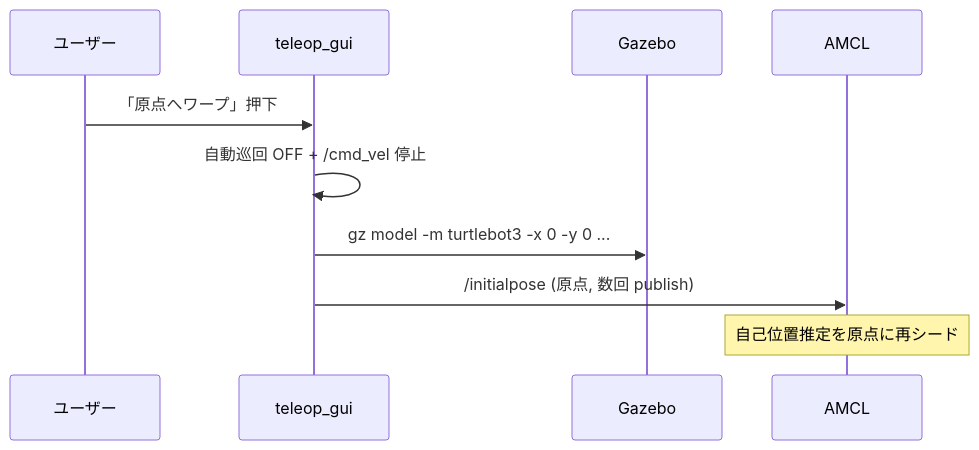
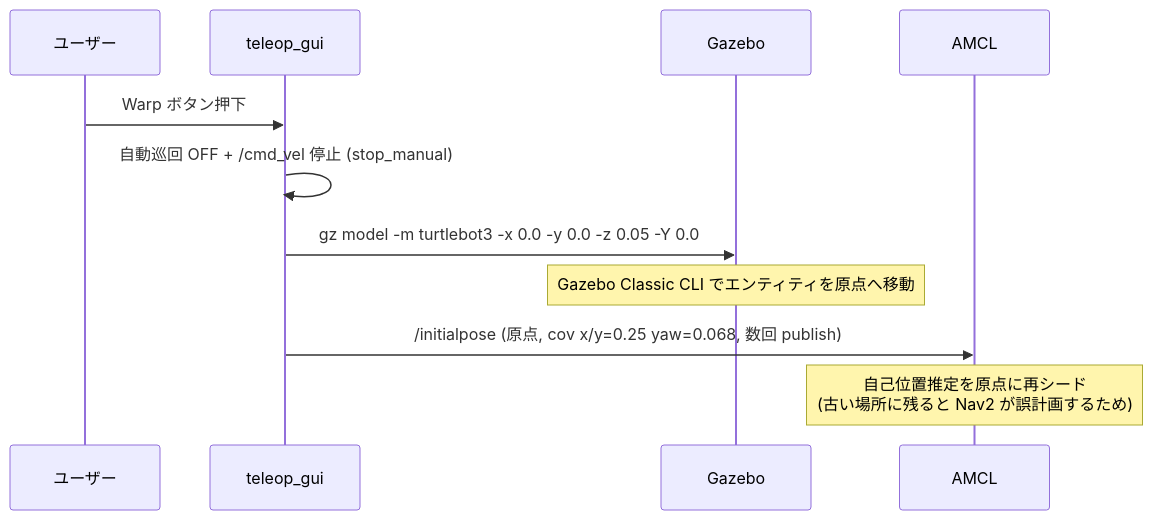
One commit to sato-susumu/susumu_object_perception changed the fifth of 6 diagrams in docs/software_design.md. Above: the diagram before and after it, drawn with Mermaid. The commit also changed other lines of this file and 14 other files, not shown here.

First line of the commit message:
Webots 起動 launch 群を追加 + ドキュメントを表・Mermaid化

````diff
--- a/docs/software_design.md
+++ b/docs/software_design.md
@@ -298,13 +308,14 @@
 ```mermaid
 sequenceDiagram
     participant U as ユーザー
     participant G as teleop_gui
     participant GZ as Gazebo
     participant A as AMCL
 
-    U->>G: 「原点へワープ」押下
-    G->>G: 自動巡回 OFF + /cmd_vel 停止
-    G->>GZ: gz model -m turtlebot3 -x 0 -y 0 ...
-    G->>A: /initialpose (原点, 数回 publish)
-    Note over A: 自己位置推定を原点に再シード
+    U->>G: Warp ボタン押下
+    G->>G: 自動巡回 OFF + /cmd_vel 停止 (stop_manual)
+    G->>GZ: gz model -m turtlebot3 -x 0.0 -y 0.0 -z 0.05 -Y 0.0
+    Note over GZ: Gazebo Classic CLI でエンティティを原点へ移動
+    G->>A: /initialpose (原点, cov x/y=0.25 yaw=0.068, 数回 publish)
+    Note over A: 自己位置推定を原点に再シード<br/>(古い場所に残ると Nav2 が誤計画するため)
 ```
````
